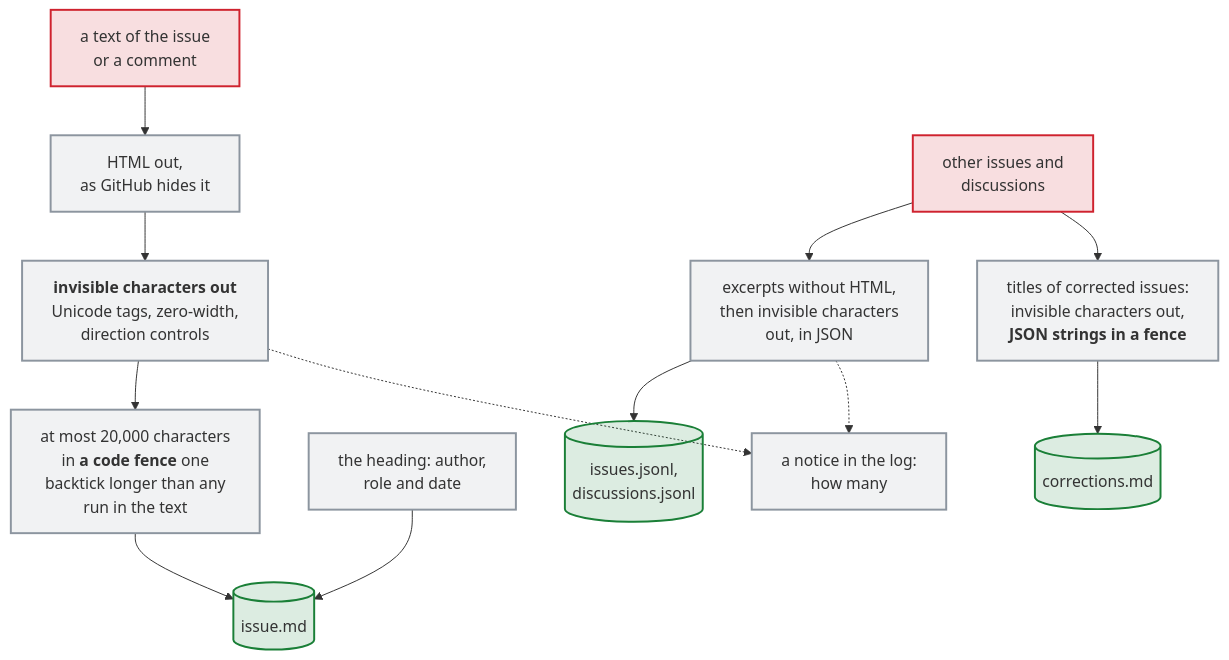
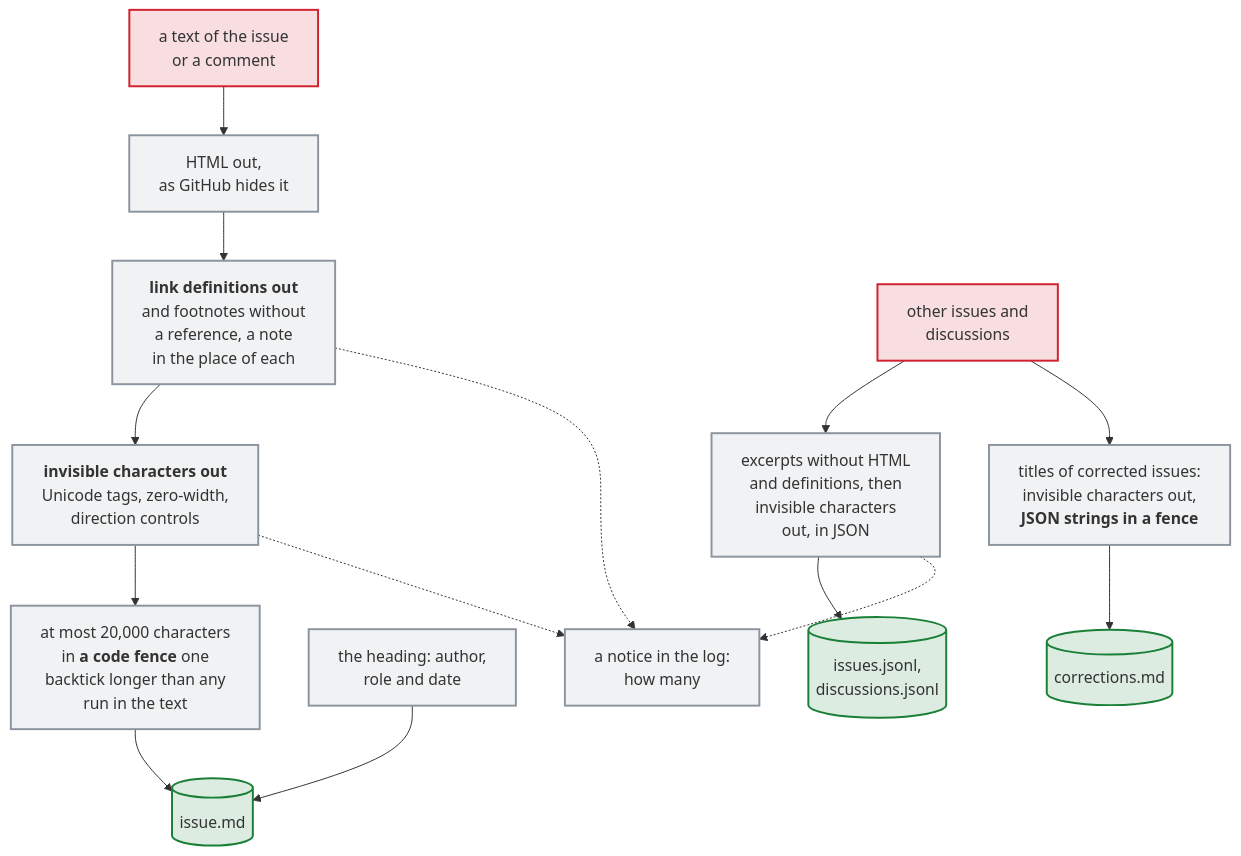
One commit to Dennis-Otto/issue-assistant changed the diagram in docs/diagrams/how-the-text-of-an-issue-and-its-comments-reaches-the-ai.mmd. Above: the diagram before and after it, drawn with Mermaid. The commit also changed 15 other files, not shown here.

First line of the commit message:
fix(context): the AI reads no link reference definition that GitHub hides (#385)

```diff
--- a/docs/diagrams/how-the-text-of-an-issue-and-its-comments-reaches-the-ai.mmd
+++ b/docs/diagrams/how-the-text-of-an-issue-and-its-comments-reaches-the-ai.mmd
@@ -1,20 +1,22 @@
 flowchart TB
   accTitle: How the text of an issue and its comments reaches the AI
-  accDescr: Each text of the issue and its comments loses its HTML, as GitHub hides it, then the characters that GitHub shows as nothing, and is cut off after 20,000 characters. In this order, no invisible character can end an HTML comment that GitHub never ends. It goes into a code fence with one backtick more than its longest run of backticks, so that no line of the text can end it. The heading above the fence, which only the script writes, names the author, the role and the date. The other issues and discussions become excerpts without HTML, lose their invisible characters too and go into JSON. The titles of the issues that a maintainer corrected lose their invisible characters as well and reach corrections.md as JSON strings in a code fence that no title can close. A notice in the log counts the characters that were removed.
+  accDescr: Each text of the issue and its comments loses its HTML, as GitHub hides it, then its link reference definitions and footnotes without a reference, which GitHub shows as nothing as well, each with a note in its place, then the characters that GitHub shows as nothing, and is cut off after 20,000 characters. In this order, no invisible character can end an HTML comment that GitHub never ends. It goes into a code fence with one backtick more than its longest run of backticks, so that no line of the text can end it. The heading above the fence, which only the script writes, names the author, the role and the date. The other issues and discussions become excerpts without HTML and definitions, lose their invisible characters too and go into JSON. The titles of the issues that a maintainer corrected lose their invisible characters as well and reach corrections.md as JSON strings in a code fence that no title can close. A notice in the log counts the definitions and the characters that were removed.
   text["a text of the issue<br>or a comment"] --> html["HTML out,<br>as GitHub hides it"]
-  html --> invisible["`**invisible characters out**<br>Unicode tags, zero-width,<br>direction controls`"]
+  html --> definitions["`**link definitions out**<br>and footnotes without<br>a reference, a note<br>in the place of each`"]
+  definitions --> invisible["`**invisible characters out**<br>Unicode tags, zero-width,<br>direction controls`"]
   invisible --> fence["`at most 20,000 characters<br>in **a code fence** one<br>backtick longer than any<br>run in the text`"]
   heading["the heading: author,<br>role and date"] --> issue[("issue.md")]
   fence --> issue
-  others["other issues and<br>discussions"] --> excerpts["excerpts without HTML,<br>then invisible characters<br>out, in JSON"]
+  others["other issues and<br>discussions"] --> excerpts["excerpts without HTML<br>and definitions, then<br>invisible characters<br>out, in JSON"]
   excerpts --> jsonl[("issues.jsonl,<br>discussions.jsonl")]
   others --> titles["`titles of corrected issues:<br>invisible characters out,<br>**JSON strings in a fence**`"]
   titles --> corrections[("corrections.md")]
-  invisible -.-> notice["a notice in the log:<br>how many"]
+  definitions -.-> notice["a notice in the log:<br>how many"]
+  invisible -.-> notice
   excerpts -.-> notice
   classDef untrusted fill:#cf222e26,stroke:#cf222e,stroke-width:2px
   classDef job fill:#8c959f1f,stroke:#8c959f,stroke-width:2px
   classDef safe fill:#1a7f3726,stroke:#1a7f37,stroke-width:2px
   class text,others untrusted
-  class invisible,html,fence,heading,excerpts,titles,notice job
+  class invisible,html,definitions,fence,heading,excerpts,titles,notice job
   class issue,jsonl,corrections safe
```
